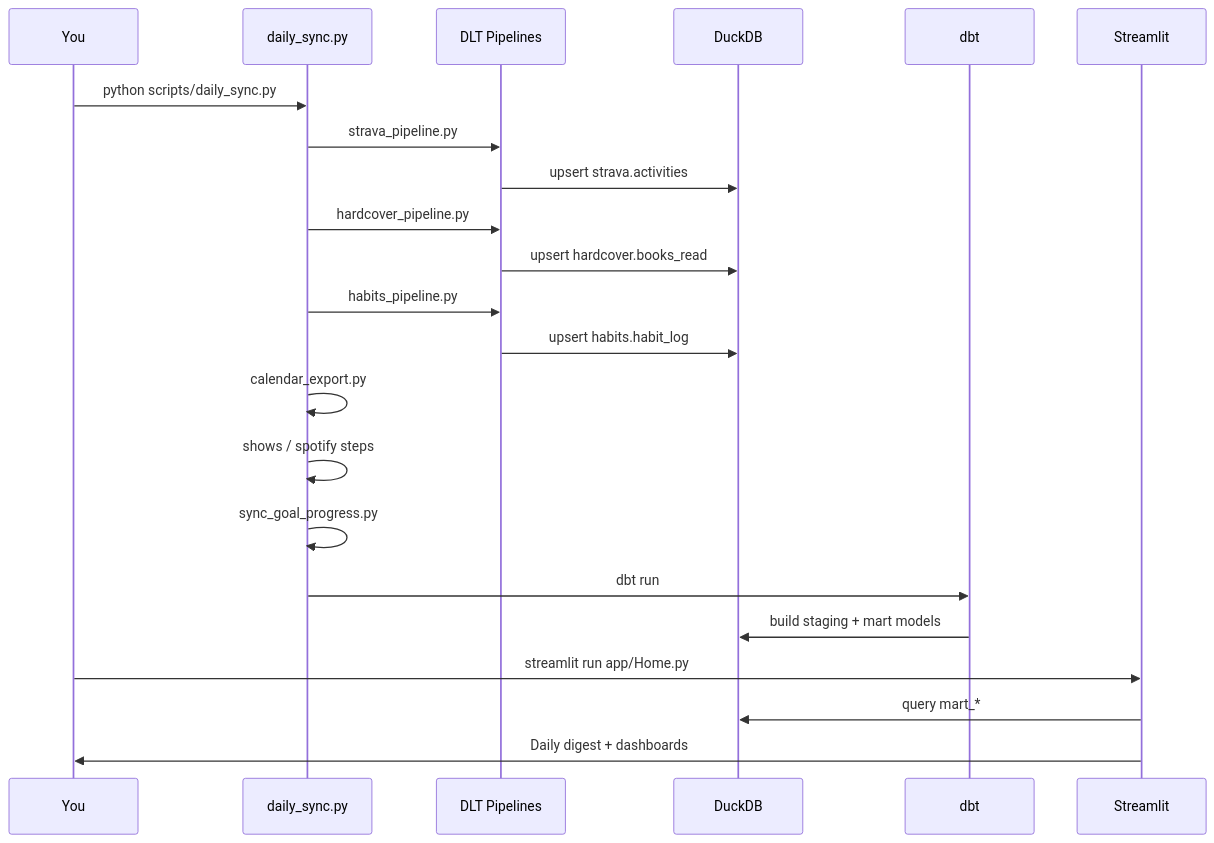
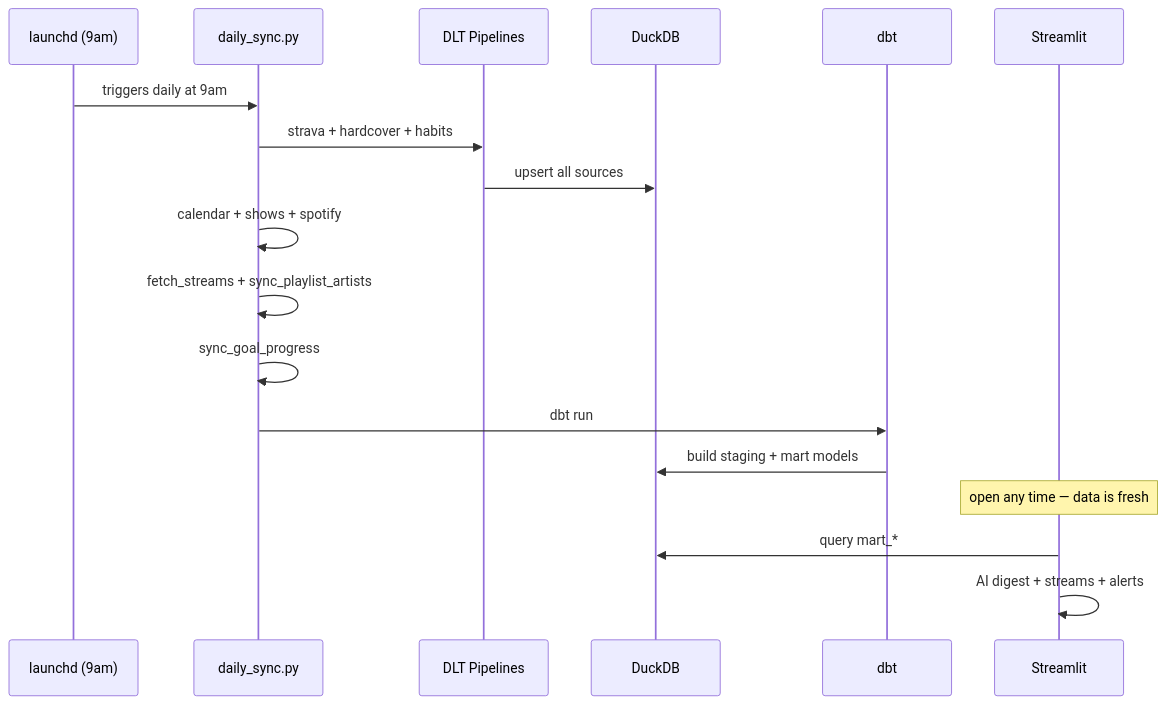
The fourth of 4 diagrams in README.md (cnvertbleweathr/life-os-2026), drawn with Mermaid before and after one commit. The commit also changed other lines of this file, not shown here.

Commit message:
docs: update README with full architecture, all pages, launchd setup

````diff
--- a/README.md
+++ b/README.md
@@ -162,25 +150,21 @@
 ```mermaid
 sequenceDiagram
-    participant U as You
+    participant L as launchd (9am)
     participant DS as daily_sync.py
     participant DLT as DLT Pipelines
     participant DB as DuckDB
     participant DBT as dbt
     participant STR as Streamlit
 
-    U->>DS: python scripts/daily_sync.py
-    DS->>DLT: strava_pipeline.py
-    DLT->>DB: upsert strava.activities
-    DS->>DLT: hardcover_pipeline.py
-    DLT->>DB: upsert hardcover.books_read
-    DS->>DLT: habits_pipeline.py
-    DLT->>DB: upsert habits.habit_log
-    DS->>DS: calendar_export.py
-    DS->>DS: shows / spotify steps
-    DS->>DS: sync_goal_progress.py
+    L->>DS: triggers daily at 9am
+    DS->>DLT: strava + hardcover + habits
+    DLT->>DB: upsert all sources
+    DS->>DS: calendar + shows + spotify
+    DS->>DS: fetch_streams + sync_playlist_artists
+    DS->>DS: sync_goal_progress
     DS->>DBT: dbt run
     DBT->>DB: build staging + mart models
-    U->>STR: streamlit run app/Home.py
+    Note over STR: open any time — data is fresh
     STR->>DB: query mart_*
-    STR->>U: Daily digest + dashboards
+    STR->>STR: AI digest + streams + alerts
 ```
````
